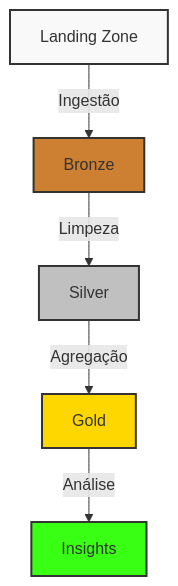
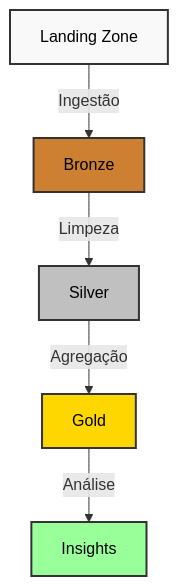
The first of 5 diagrams in README.md (RenanOliveira04/data_engineering), drawn with Mermaid before and after one commit. The commit also changed other lines of this file, not shown here.

Commit message:
Melhorando a visualização dos diagramas Mermaid no README

````diff
--- a/README.md
+++ b/README.md
@@ -12,13 +12,13 @@
 ```mermaid
 flowchart TB
     A[Landing Zone] -->|Ingestão| B[Bronze]
     B -->|Limpeza| C[Silver]
     C -->|Agregação| D[Gold]
     D -->|Análise| E[Insights]
     
-    style A fill:#f9f9f9,stroke:#333,stroke-width:2px
-    style B fill:#cd7f32,stroke:#333,stroke-width:2px
-    style C fill:#c0c0c0,stroke:#333,stroke-width:2px
-    style D fill:#ffd700,stroke:#333,stroke-width:2px
-    style E fill:#39ff14,stroke:#333,stroke-width:2px
+    style A fill:#f9f9f9,stroke:#333,stroke-width:2px,color:#000
+    style B fill:#cd7f32,stroke:#333,stroke-width:2px,color:#000
+    style C fill:#c0c0c0,stroke:#333,stroke-width:2px,color:#000
+    style D fill:#ffd700,stroke:#333,stroke-width:2px,color:#000
+    style E fill:#99ff99,stroke:#333,stroke-width:2px,color:#000
 ```
````
